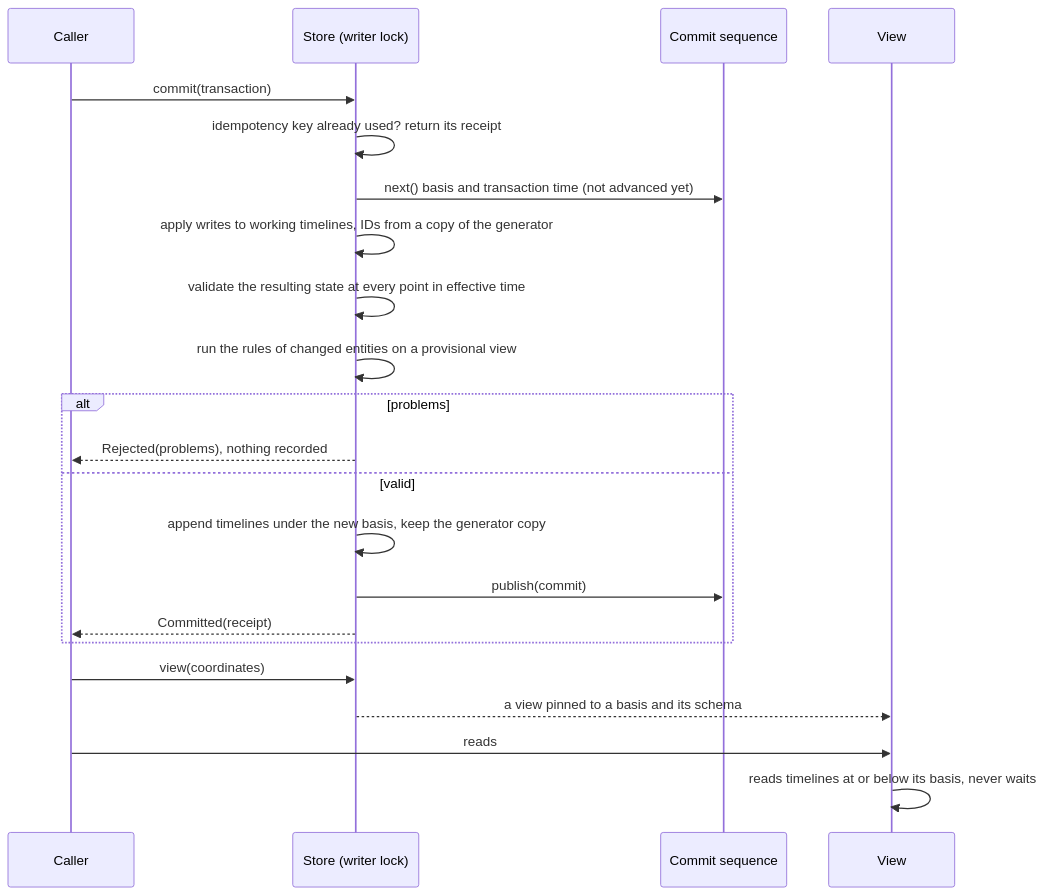
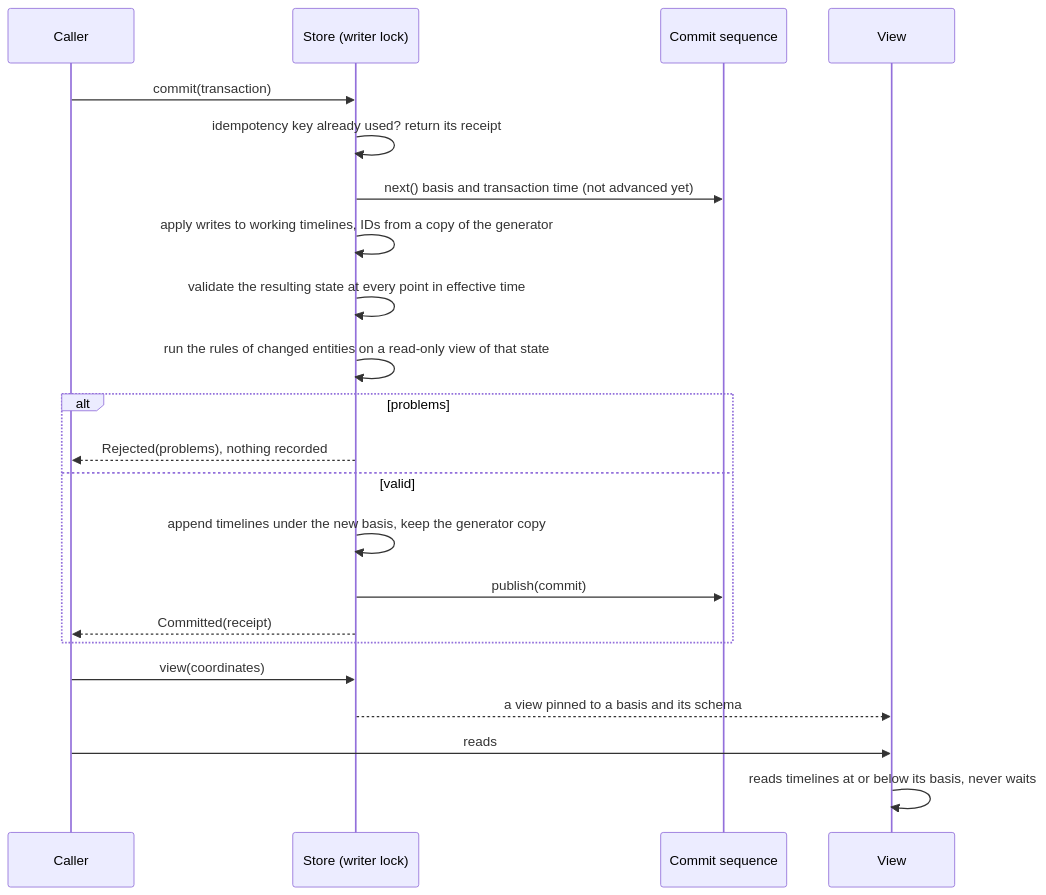
Before and after one commit to enricoag1982/Cairn: the third of 3 diagrams in docs/architecture/README.md, drawn with Mermaid. The commit also changed other lines of this file and 10 other files, not shown here.

````diff
--- a/docs/architecture/README.md
+++ b/docs/architecture/README.md
@@ -87,24 +87,24 @@
 ```mermaid
 sequenceDiagram
     participant C as Caller
     participant S as Store (writer lock)
     participant Q as Commit sequence
     participant V as View
     C->>S: commit(transaction)
     S->>S: idempotency key already used? return its receipt
     S->>Q: next() basis and transaction time (not advanced yet)
     S->>S: apply writes to working timelines, IDs from a copy of the generator
     S->>S: validate the resulting state at every point in effective time
-    S->>S: run the rules of changed entities on a provisional view
+    S->>S: run the rules of changed entities on a read-only view of that state
     alt problems
         S-->>C: Rejected(problems), nothing recorded
     else valid
         S->>S: append timelines under the new basis, keep the generator copy
         S->>Q: publish(commit)
         S-->>C: Committed(receipt)
     end
     C->>S: view(coordinates)
     S-->>V: a view pinned to a basis and its schema
     C->>V: reads
     V->>V: reads timelines at or below its basis, never waits
 ```
````
